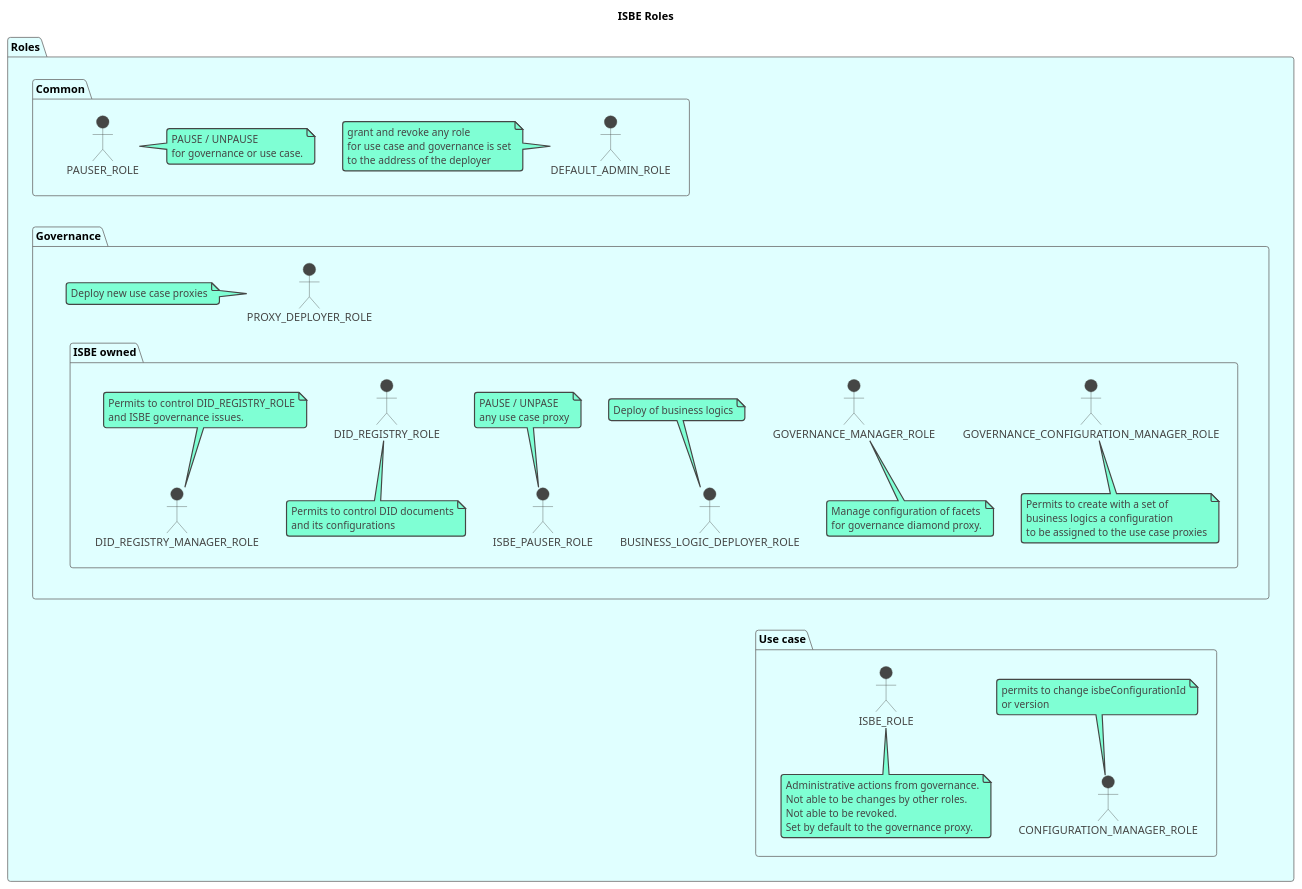
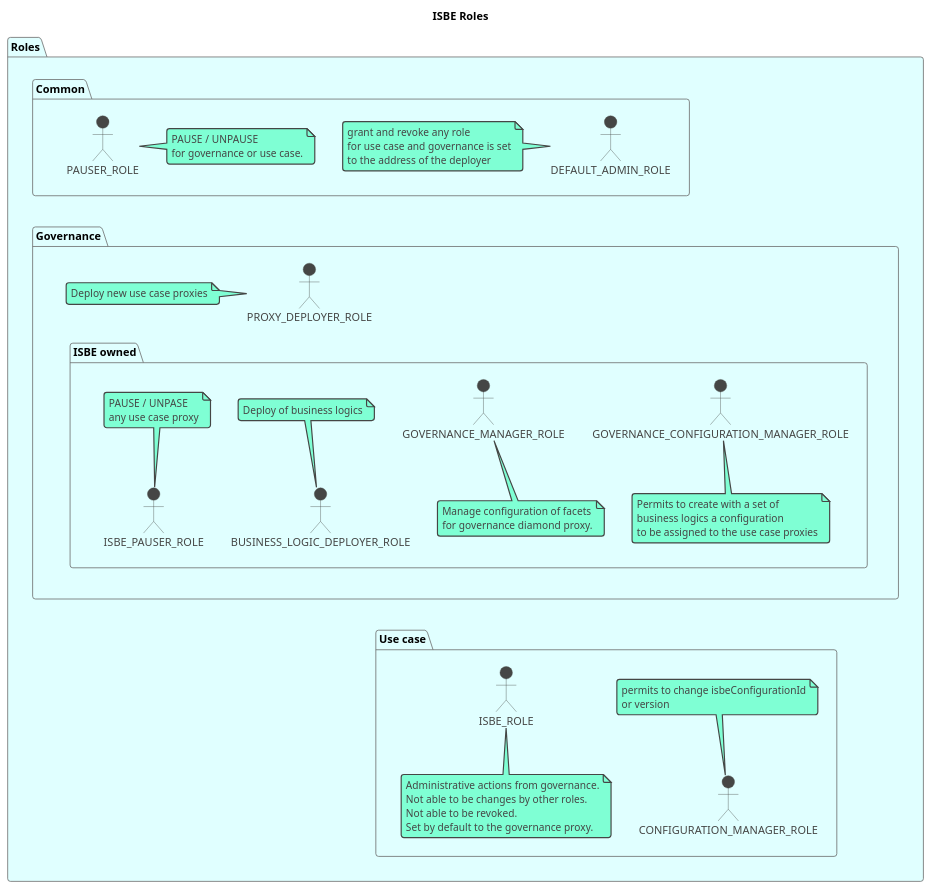
The diagram in docs/diagrams/ISBE_Roles.puml (red-isbe/isbe-contracts), drawn with PlantUML before and after one commit. The commit also changed 6 other files, not shown here.

Commit message:
Simplify governance documentation by removing redundant role definitions and outdated content. Update diagrams for better clarity.

```diff
--- a/docs/diagrams/ISBE_Roles.puml
+++ b/docs/diagrams/ISBE_Roles.puml
@@ -1,95 +1,85 @@
 @startuml
 !theme vibrant
 
 title ISBE Roles
 
 ' ACCIONES SOBRE GOBERNANZA
 ' 1. DESPLIEGUE Y VERSIONADO DE LÓGICAS DE NEGOCIO -> BUSINESS_LOGIC_DEPLOYER_ROLE
 ' 2. DESPLIEGUE DE PROXIES DE CASOS DE USO -> PROXY_DEPLOYER_ROLE *** NOT ISBE ***
 ' 3, GESTIONAR LAS CONFIGURACIONES DE LOS DIAMANTES -> GOVERNANCE_CONFIGURATION_MANAGER_ROLE
 ' 4. PAUSAR/UNPAUSAR OTRO TOKENS --> ISBE_PAUSER_ROLE
 ' 5. ASIGNAR/REVOCAR ROLES EN GOBERNANZA) --> DEFAULT_ADMIN_ROLE
 ' 6. GESTIONAR LAS FACETAS DEL DIAMANTE DE GOBERNANZA -> GOVERNANCE_MANAGER_ROLE
 ' 7. Pausar/UNPAUSAR DIAMANTE DE GOBERNANZA --> PAUSER_ROLE
 
 ' ACCIONES SOBRE CASOS DE USO
 ' 1. PAUSAR/DESPAUSAR POR EL PROPIETARIO DEL CASO DE USO -> PAUSER_ROLE
 ' 2. PAUSAR/DESPAUSAR POR ISBE -> ISBE_ROLE (Contrato gobernanza)
 ' 3. MANEJAR ROLES ADMINISTRATIVAMENTE -> DEFAULT_ADMIN_ROLE * Restricciones
 ' 4. GESTION DE CONFIGURACIÓN DEL ISBE PROXY -> CONFIGURATION_MANAGER_ROLE
 ' RULES:
 '   * ISBE_ROLE no se permite que se informe y se asigna el address del proxy de gobernanza
 '   * DEFAULT_ADMIN_ROLE no se permite que se informe y se asigna el address del msg.sender
 package "Roles" #LightCyan {
     package "Governance" {
         package "ISBE owned" {
             actor GOVERNANCE_MANAGER_ROLE
             note bottom of GOVERNANCE_MANAGER_ROLE
                 Manage configuration of facets
                 for governance diamond proxy.
             end note
             actor BUSINESS_LOGIC_DEPLOYER_ROLE
             note top of BUSINESS_LOGIC_DEPLOYER_ROLE
                 Deploy of business logics
             end note
             actor GOVERNANCE_CONFIGURATION_MANAGER_ROLE
             note bottom of GOVERNANCE_CONFIGURATION_MANAGER_ROLE
                 Permits to create with a set of
                 business logics a configuration
                 to be assigned to the use case proxies
             end note
             actor ISBE_PAUSER_ROLE
             note top of ISBE_PAUSER_ROLE
                 PAUSE / UNPASE
                 any use case proxy
             end note
-            actor DID_REGISTRY_ROLE
-            note bottom of DID_REGISTRY_ROLE
-                Permits to control DID documents
-                and its configurations
-            end note
-            actor DID_REGISTRY_MANAGER_ROLE
-            note top of DID_REGISTRY_MANAGER_ROLE
-                Permits to control DID_REGISTRY_ROLE
-                and ISBE governance issues.
-            end note
         }
         actor PROXY_DEPLOYER_ROLE
         note left of PROXY_DEPLOYER_ROLE
             Deploy new use case proxies
         end note
         PROXY_DEPLOYER_ROLE -[hidden]- "ISBE owned"
     }
     package "Use case" {
         actor CONFIGURATION_MANAGER_ROLE
         note top of CONFIGURATION_MANAGER_ROLE
             permits to change isbeConfigurationId
             or version
         end note
         actor ISBE_ROLE
         note bottom of ISBE_ROLE
             Administrative actions from governance.
             Not able to be changes by other roles.
             Not able to be revoked.
             Set by default to the governance proxy.
         end note
     }
 
     package "Common" {
         actor DEFAULT_ADMIN_ROLE
         note left of DEFAULT_ADMIN_ROLE
             grant and revoke any role
             for use case and governance is set
             to the address of the deployer
         end note
         actor PAUSER_ROLE
         note right of PAUSER_ROLE
             PAUSE / UNPAUSE
             for governance or use case.
         end note
     }
 }
 "Use case" -u[hidden]- "GOVERNANCE_CONFIGURATION_MANAGER_ROLE"
 "Governance" -u[hidden]- "Common"
 "Use case" -u[hidden]- "BUSINESS_LOGIC_DEPLOYER_ROLE"
 @enduml
```
